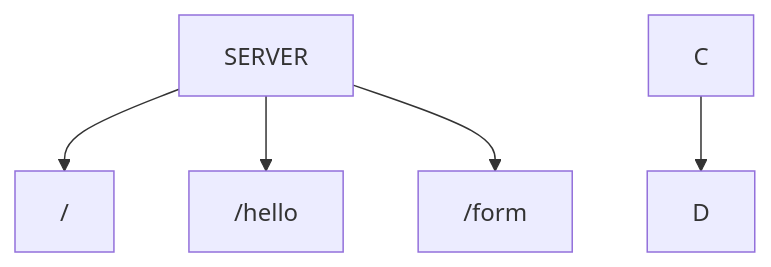
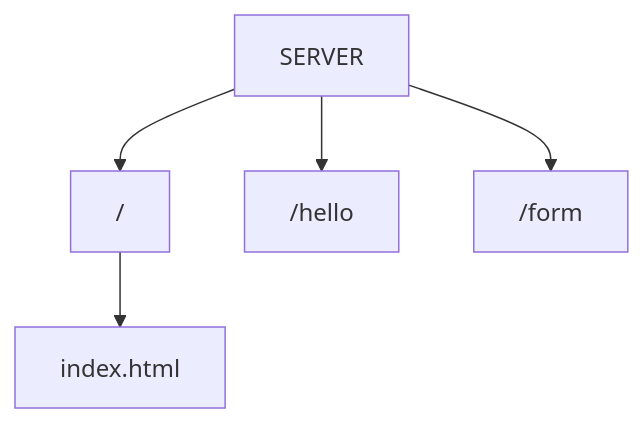
One commit to Kavindulakmal/Web-Server changed the second of 2 diagrams in README.md. Above: the diagram before and after it, drawn with Mermaid.

````diff
--- a/README.md
+++ b/README.md
@@ -37,7 +37,7 @@
 ```mermaid
 graph TD;
     SERVER--> /;
     SERVER-->/hello;
     SERVER-->/form;
-    C-->D;
+    /-->index.html;
 ```
````
